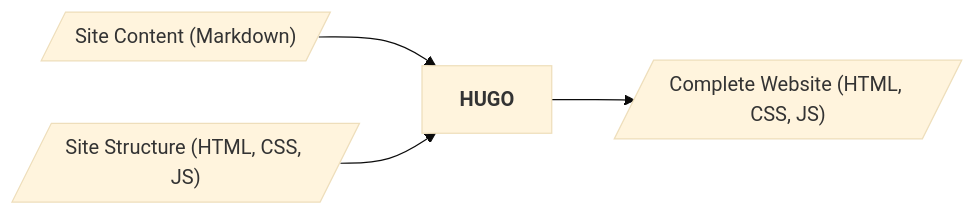
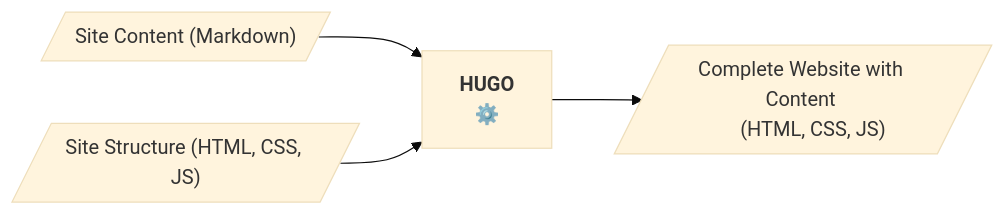
Before and after one commit to about-hugo/about-hugo.github.io: the diagram in content/hugo/overview.md, drawn with Mermaid (base theme). The commit also changed other lines of this file and 1 other file, not shown here.

Commit message:
hugo_wip

````diff
--- a/content/hugo/overview.md
+++ b/content/hugo/overview.md
@@ -59,9 +20,12 @@
 ```mermaid
 flowchart LR
     content[/"Site Content (Markdown)"/]
     structure[/"Site Structure (HTML, CSS, JS)"/]
-    hugo["`**HUGO**`"]
-    website[/"Complete Website (HTML, CSS, JS)"/]
+    hugo["`
+    **HUGO**
+     ⚙️ `"]
+    website[/"Complete Website with Content 
+    (HTML, CSS, JS)"/]
     content & structure --> hugo
     hugo --> website
 ```
````
